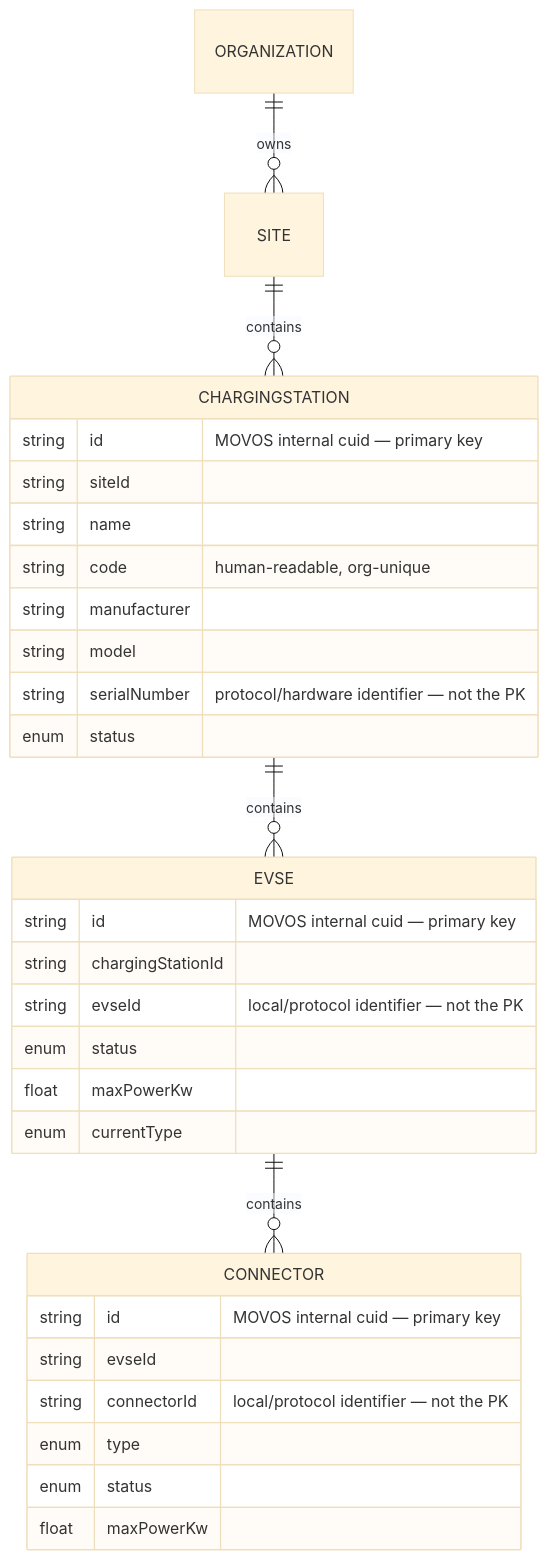
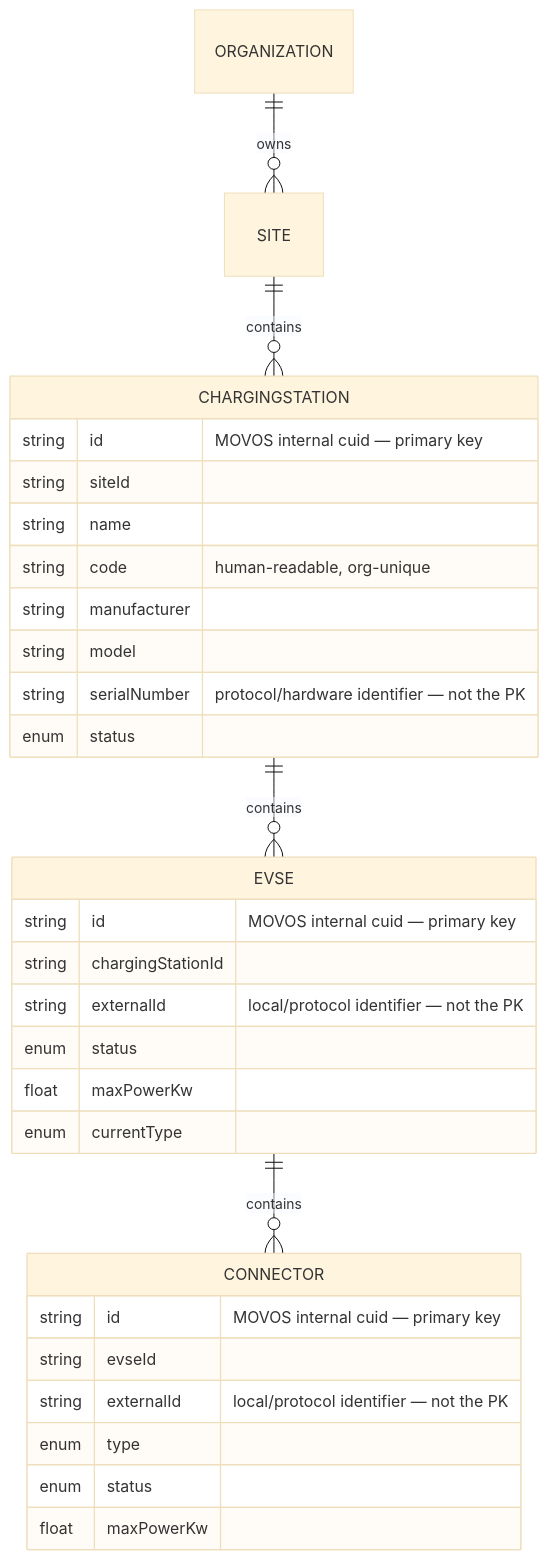
One commit to Mediafox-Forgeos/-forgeos-web changed the third of 3 diagrams in docs/domain/M001-A_DOMAIN_MAP_v0.1.md. Above: the diagram before and after it, drawn with Mermaid (base theme). The commit also changed 5 other files, not shown here.

````diff
--- a/docs/domain/M001-A_DOMAIN_MAP_v0.1.md
+++ b/docs/domain/M001-A_DOMAIN_MAP_v0.1.md
@@ -144,34 +144,34 @@
 ```mermaid
 erDiagram
     ORGANIZATION ||--o{ SITE : owns
     SITE ||--o{ CHARGINGSTATION : contains
     CHARGINGSTATION ||--o{ EVSE : contains
     EVSE ||--o{ CONNECTOR : contains
 
     CHARGINGSTATION {
         string id "MOVOS internal cuid — primary key"
         string siteId
         string name
         string code "human-readable, org-unique"
         string manufacturer
         string model
         string serialNumber "protocol/hardware identifier — not the PK"
         enum status
     }
     EVSE {
         string id "MOVOS internal cuid — primary key"
         string chargingStationId
-        string evseId "local/protocol identifier — not the PK"
+        string externalId "local/protocol identifier — not the PK"
         enum status
         float maxPowerKw
         enum currentType
     }
     CONNECTOR {
         string id "MOVOS internal cuid — primary key"
         string evseId
-        string connectorId "local/protocol identifier — not the PK"
+        string externalId "local/protocol identifier — not the PK"
         enum type
         enum status
         float maxPowerKw
     }
 ```
````
